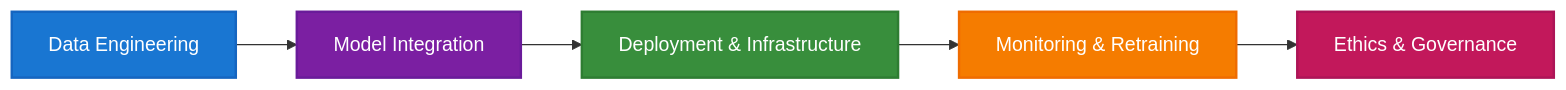
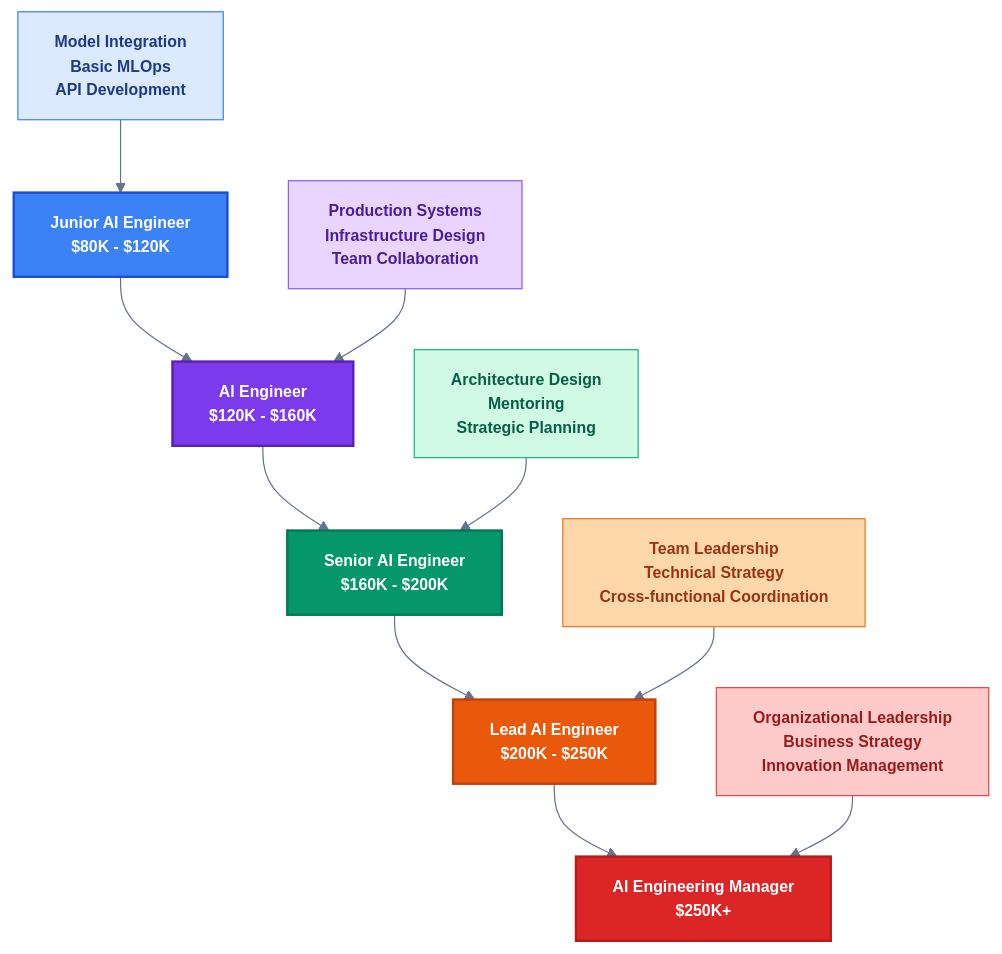
One commit to khaosans/articles changed the third of 4 diagrams in guides/roles/ai-engineer.md. Above: the diagram before and after it, drawn with Mermaid. The commit also changed other lines of this file and 91 other files, not shown here.

````diff
--- a/guides/roles/ai-engineer.md
+++ b/guides/roles/ai-engineer.md
@@ -52,12 +111,26 @@
 ```mermaid
-flowchart LR
-    A[Data Engineering] --> B[Model Integration]
-    B --> C[Deployment & Infrastructure]
-    C --> D[Monitoring & Retraining]
-    D --> E[Ethics & Governance]
-    style A fill:#1976d2,stroke:#1565c0,stroke-width:2px,color:#ffffff
-    style B fill:#7b1fa2,stroke:#6a1b9a,stroke-width:2px,color:#ffffff
-    style C fill:#388e3c,stroke:#2e7d32,stroke-width:2px,color:#ffffff
-    style D fill:#f57c00,stroke:#ef6c00,stroke-width:2px,color:#ffffff
-    style E fill:#c2185b,stroke:#ad1457,stroke-width:2px,color:#ffffff
+%%{init: {'theme': 'base', 'themeVariables': { 'fontSize': '13px', 'fontFamily': 'Segoe UI, Arial, sans-serif', 'primaryColor': '#2563eb', 'primaryTextColor': '#ffffff', 'primaryBorderColor': '#1e40af', 'lineColor': '#64748b', 'secondaryColor': '#7c3aed', 'tertiaryColor': '#059669'}}}%%
+flowchart TD
+    A["Junior AI Engineer<br/>$80K - $120K"] --> B["AI Engineer<br/>$120K - $160K"]
+    B --> C["Senior AI Engineer<br/>$160K - $200K"]
+    C --> D["Lead AI Engineer<br/>$200K - $250K"]
+    D --> E["AI Engineering Manager<br/>$250K+"]
+    
+    A1["Model Integration<br/>Basic MLOps<br/>API Development"] --> A
+    B1["Production Systems<br/>Infrastructure Design<br/>Team Collaboration"] --> B
+    C1["Architecture Design<br/>Mentoring<br/>Strategic Planning"] --> C
+    D1["Team Leadership<br/>Technical Strategy<br/>Cross-functional Coordination"] --> D
+    E1["Organizational Leadership<br/>Business Strategy<br/>Innovation Management"] --> E
+    
+    style A fill:#3b82f6,stroke:#1d4ed8,stroke-width:2px,color:#ffffff,font-weight:bold
+    style B fill:#7c3aed,stroke:#5b21b6,stroke-width:2px,color:#ffffff,font-weight:bold
+    style C fill:#059669,stroke:#047857,stroke-width:2px,color:#ffffff,font-weight:bold
+    style D fill:#ea580c,stroke:#c2410c,stroke-width:2px,color:#ffffff,font-weight:bold
+    style E fill:#dc2626,stroke:#b91c1c,stroke-width:2px,color:#ffffff,font-weight:bold
+    
+    style A1 fill:#dbeafe,stroke:#3b82f6,stroke-width:1px,color:#1e3a8a,font-weight:bold
+    style B1 fill:#e9d5ff,stroke:#8b5cf6,stroke-width:1px,color:#4c1d95,font-weight:bold
+    style C1 fill:#d1fae5,stroke:#10b981,stroke-width:1px,color:#065f46,font-weight:bold
+    style D1 fill:#fed7aa,stroke:#f97316,stroke-width:1px,color:#9a3412,font-weight:bold
+    style E1 fill:#fecaca,stroke:#ef4444,stroke-width:1px,color:#991b1b,font-weight:bold
 ```
````
